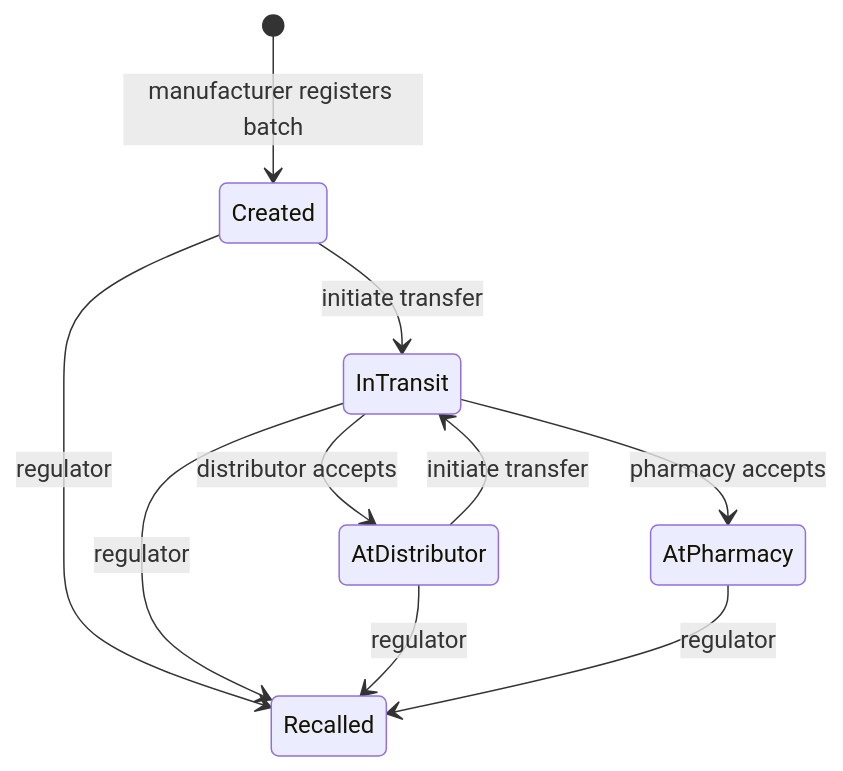
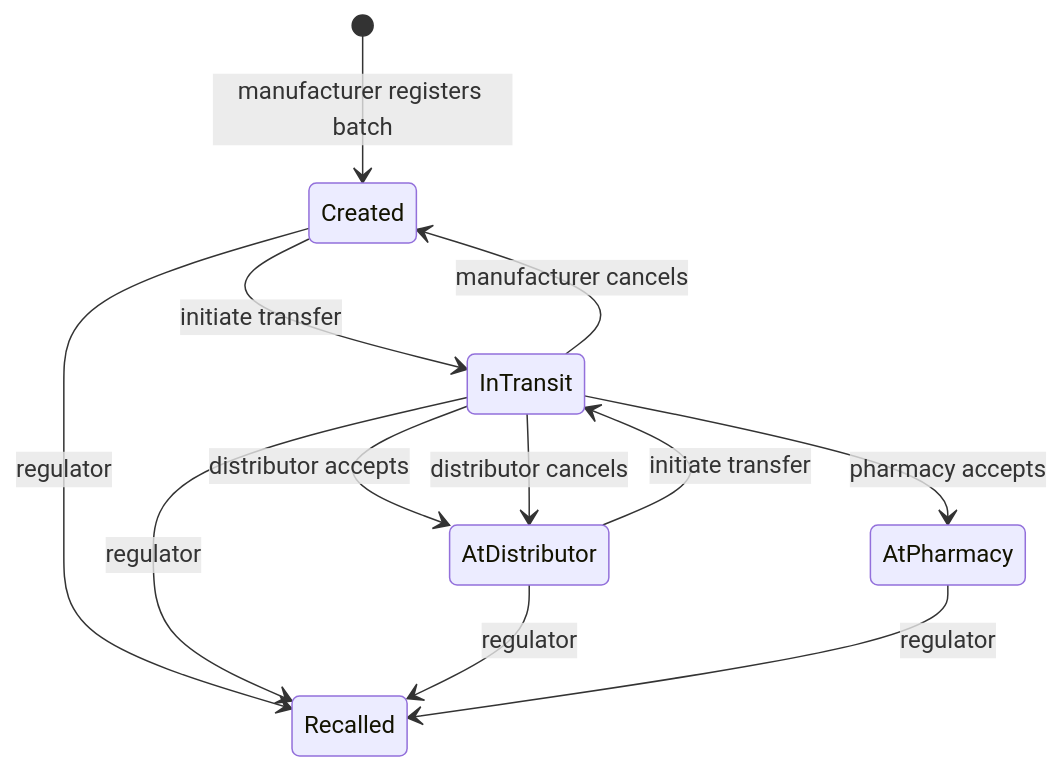
Before and after one commit to Alexm2025/TeamLungi: the third of 3 diagrams in docs/architecture.md, drawn with Mermaid. The commit also changed other lines of this file and 1 other file, not shown here.

````diff
--- a/docs/architecture.md
+++ b/docs/architecture.md
@@ -64,12 +69,14 @@
 ```mermaid
 stateDiagram-v2
     [*] --> Created: manufacturer registers batch
     Created --> InTransit: initiate transfer
     InTransit --> AtDistributor: distributor accepts
     AtDistributor --> InTransit: initiate transfer
     InTransit --> AtPharmacy: pharmacy accepts
+    InTransit --> Created: manufacturer cancels
+    InTransit --> AtDistributor: distributor cancels
     Created --> Recalled: regulator
     InTransit --> Recalled: regulator
     AtDistributor --> Recalled: regulator
     AtPharmacy --> Recalled: regulator
 ```
````
